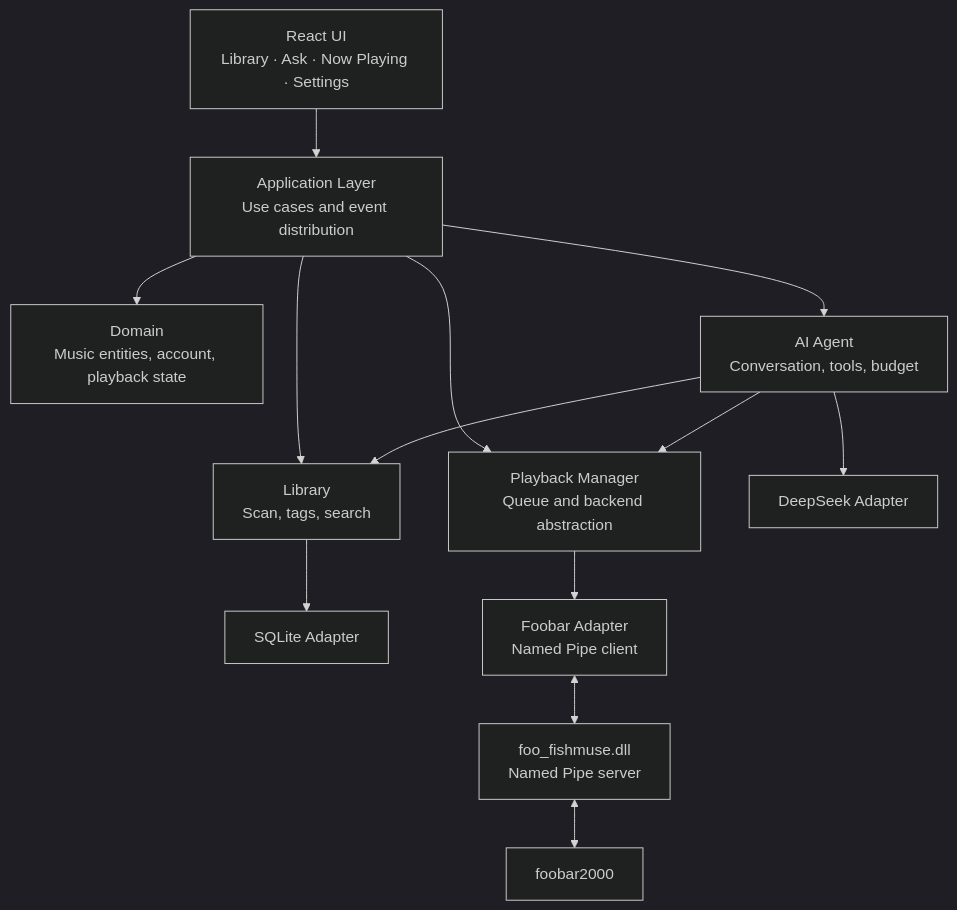
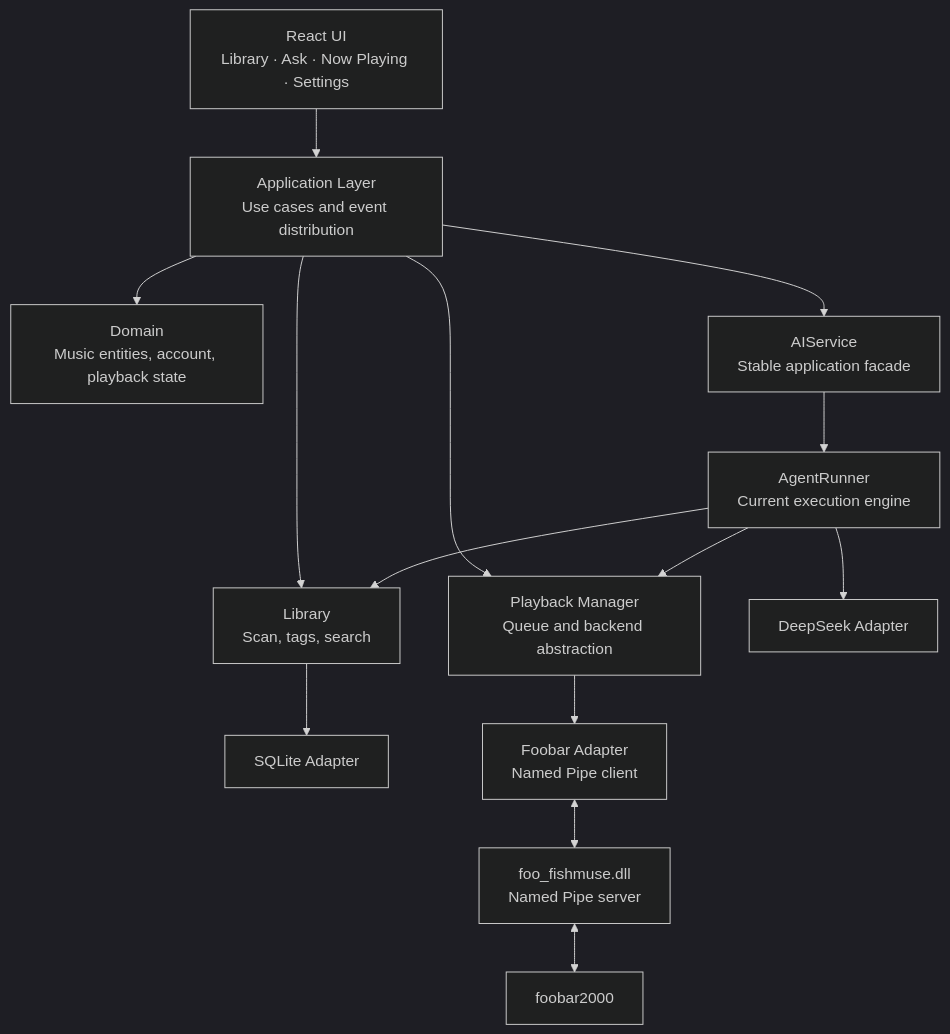
The first of 3 diagrams in docs/superpowers/specs/2026-09-27-fishmuse-v0.1-muse-loop-design.md (zfynyhhxx/Fishmuse), drawn with Mermaid (dark theme) before and after one commit. The commit also changed other lines of this file and 18 other files, not shown here.

Commit message:
refactor(app): freeze AI and playback application contracts

````diff
--- a/docs/superpowers/specs/2026-09-27-fishmuse-v0.1-muse-loop-design.md
+++ b/docs/superpowers/specs/2026-09-27-fishmuse-v0.1-muse-loop-design.md
@@ -77,27 +77,29 @@
 ```mermaid
 flowchart TB
     UI["React UI<br/>Library · Ask · Now Playing · Settings"]
     APP["Application Layer<br/>Use cases and event distribution"]
     DOMAIN["Domain<br/>Music entities, account, playback state"]
     LIB["Library<br/>Scan, tags, search"]
-    AGENT["AI Agent<br/>Conversation, tools, budget"]
+    AISVC["AIService<br/>Stable application facade"]
+    AGENT["AgentRunner<br/>Current execution engine"]
     PLAY["Playback Manager<br/>Queue and backend abstraction"]
     DB["SQLite Adapter"]
     DS["DeepSeek Adapter"]
     FB["Foobar Adapter<br/>Named Pipe client"]
     PLUGIN["foo_fishmuse.dll<br/>Named Pipe server"]
     PLAYER["foobar2000"]
 
     UI --> APP
     APP --> DOMAIN
     APP --> LIB
-    APP --> AGENT
+    APP --> AISVC
     APP --> PLAY
     LIB --> DB
+    AISVC --> AGENT
     AGENT --> DS
     AGENT --> LIB
     AGENT --> PLAY
     PLAY --> FB
     FB <--> PLUGIN
     PLUGIN <--> PLAYER
 ```
````
